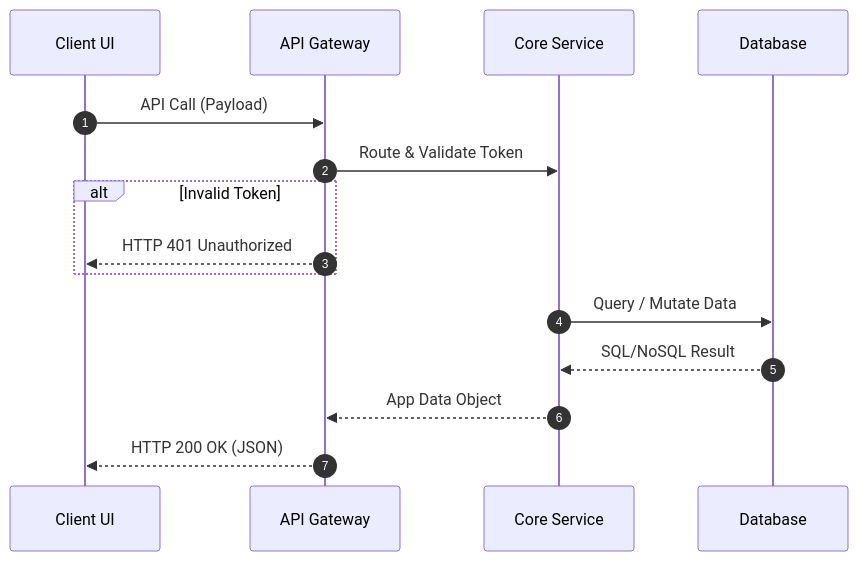
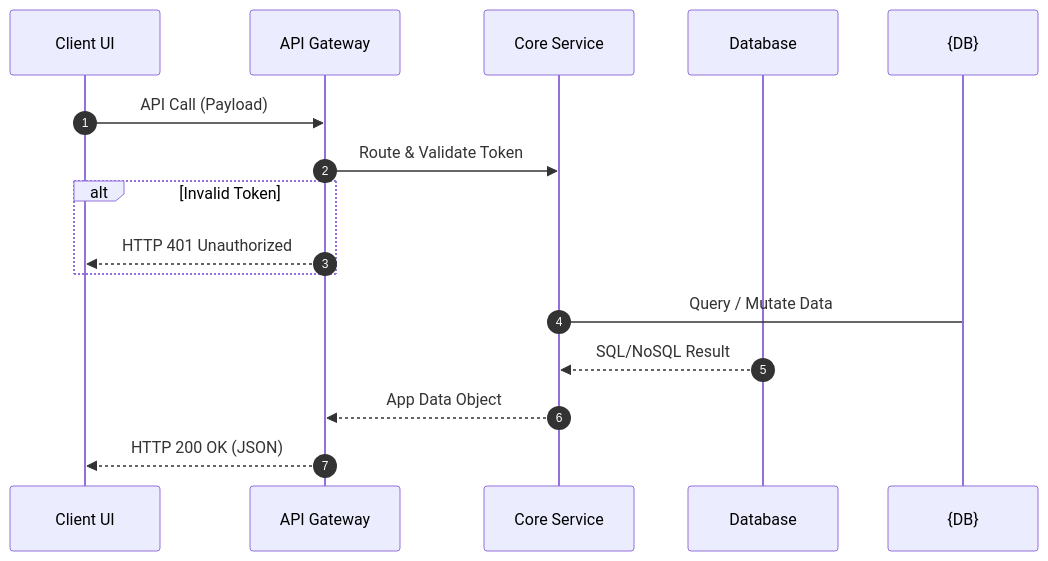
Before and after one commit to fletort/smart-ai-factory: the first of 2 diagrams in templates/.smart.ai/templates/technical-spec.md, drawn with Mermaid. The commit also changed other lines of this file and 4 other files, not shown here.

````diff
--- a/templates/.smart.ai/templates/technical-spec.md
+++ b/templates/.smart.ai/templates/technical-spec.md
@@ -11,18 +13,18 @@
 ```mermaid
 sequenceDiagram
     autonumber
     participant App as Client UI
     participant Gateway as API Gateway
     participant Svc as Core Service
     participant DB as Database
 
     App->>Gateway: API Call (Payload)
     Gateway->>Svc: Route & Validate Token
     alt Invalid Token
         Gateway-->>App: HTTP 401 Unauthorized
     end
-    Svc->>DB: Query / Mutate Data
+    Svc->{DB}: Query / Mutate Data
     DB-->>Svc: SQL/NoSQL Result
     Svc-->>Gateway: App Data Object
     Gateway-->>App: HTTP 200 OK (JSON)
 ```
````
